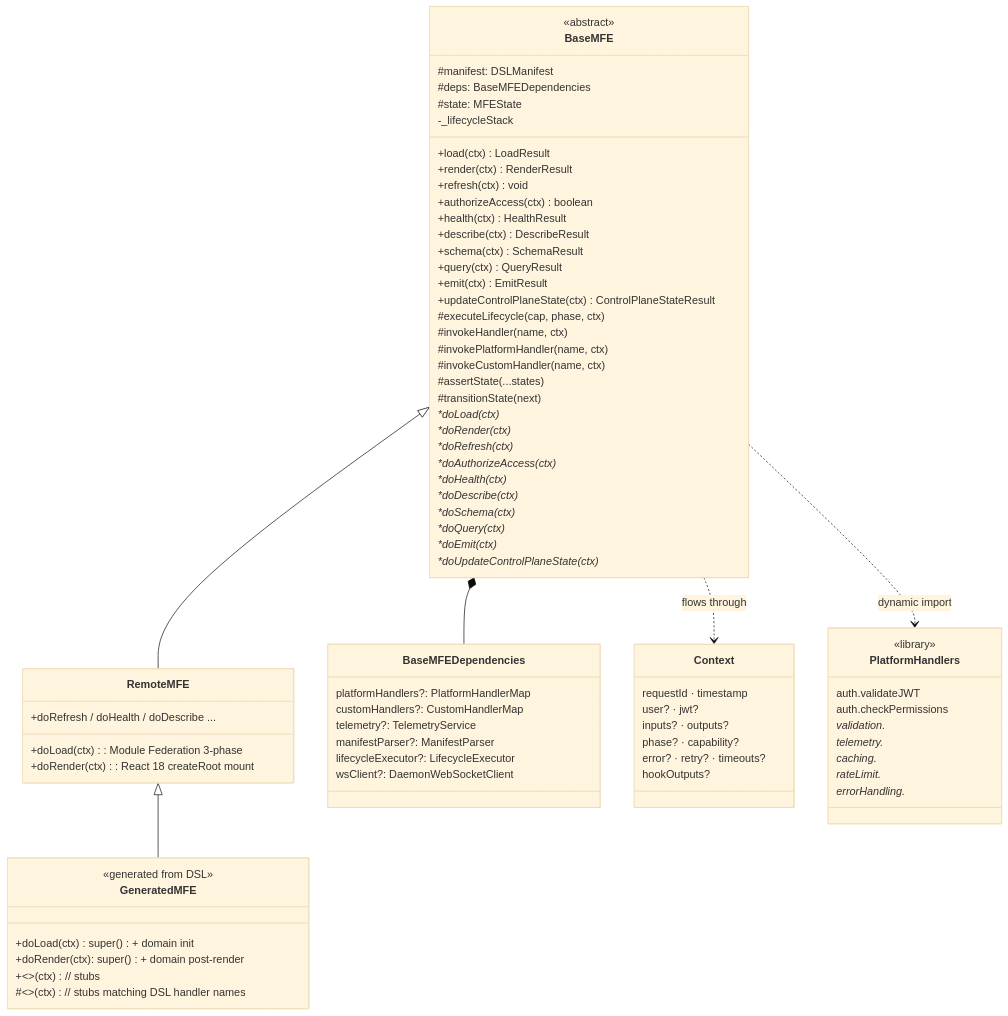
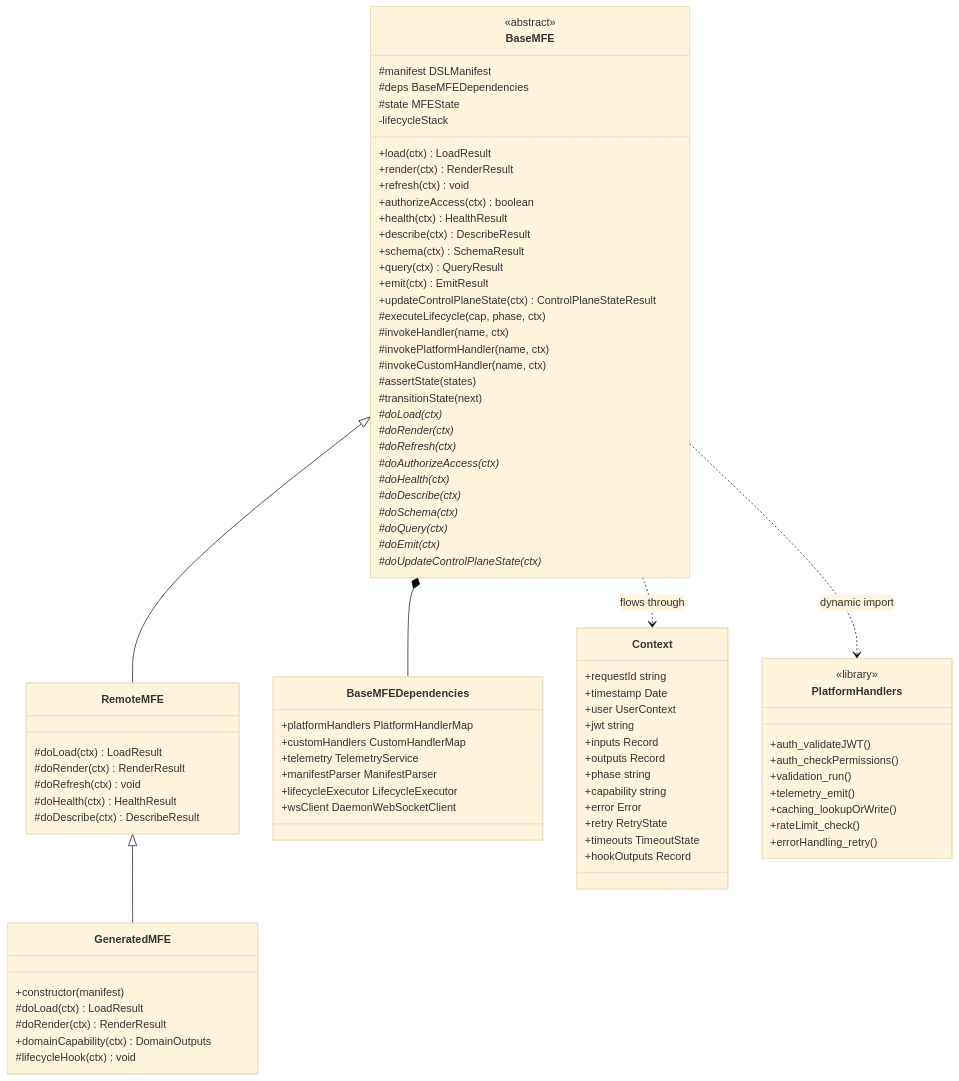
One commit to falese/seans-mfe-tool changed the second of 7 diagrams in docs/architecture-codegen-and-base-mfe.md. Above: the diagram before and after it, drawn with Mermaid (base theme). The commit also changed other lines of this file, not shown here.

Commit message:
docs: fix two Mermaid render errors in codegen architecture doc
- classDiagram (§2): replace invalid `*method()*` abstract syntax with
  Mermaid's trailing-`*` form (`#doLoad(ctx)*`); drop `<<placeholder>>`
  stereotype tokens inside method names; normalize `?:` field syntax to
  the space-separated form Mermaid expects; flatten the `auth.fn` /
  `validation.*` glob entries into valid identifiers.
- flowchart TD (§7): wrap node labels containing `[name]`, apostrophes,
  and single-quoted strings in double quotes (the Mermaid escape for
  special chars), and HTML-encode the `<name>` placeholder so it isn't
  parsed as a tag. Also escapes `this[name]` as `this#91;name#93;`.

Both diagrams previously failed to render in GitHub-flavoured Mermaid.

```diff
--- a/docs/architecture-codegen-and-base-mfe.md
+++ b/docs/architecture-codegen-and-base-mfe.md
@@ -62,10 +62,10 @@
 classDiagram
     class BaseMFE {
         <<abstract>>
-        #manifest: DSLManifest
-        #deps: BaseMFEDependencies
-        #state: MFEState
-        -_lifecycleStack
+        #manifest DSLManifest
+        #deps BaseMFEDependencies
+        #state MFEState
+        -lifecycleStack
         +load(ctx) LoadResult
         +render(ctx) RenderResult
         +refresh(ctx) void
@@ -80,61 +80,69 @@
         #invokeHandler(name, ctx)
         #invokePlatformHandler(name, ctx)
         #invokeCustomHandler(name, ctx)
-        #assertState(...states)
+        #assertState(states)
         #transitionState(next)
-        *doLoad(ctx)*
-        *doRender(ctx)*
-        *doRefresh(ctx)*
-        *doAuthorizeAccess(ctx)*
-        *doHealth(ctx)*
-        *doDescribe(ctx)*
-        *doSchema(ctx)*
-        *doQuery(ctx)*
-        *doEmit(ctx)*
-        *doUpdateControlPlaneState(ctx)*
+        #doLoad(ctx)*
+        #doRender(ctx)*
+        #doRefresh(ctx)*
+        #doAuthorizeAccess(ctx)*
+        #doHealth(ctx)*
+        #doDescribe(ctx)*
+        #doSchema(ctx)*
+        #doQuery(ctx)*
+        #doEmit(ctx)*
+        #doUpdateControlPlaneState(ctx)*
     }
 
     class RemoteMFE {
-        +doLoad(ctx)  : Module Federation 3-phase
-        +doRender(ctx): React 18 createRoot mount
-        +doRefresh / doHealth / doDescribe ...
+        #doLoad(ctx) LoadResult
+        #doRender(ctx) RenderResult
+        #doRefresh(ctx) void
+        #doHealth(ctx) HealthResult
+        #doDescribe(ctx) DescribeResult
     }
 
     class GeneratedMFE {
-        <<generated from DSL>>
-        +doLoad(ctx) : super() + domain init
-        +doRender(ctx): super() + domain post-render
-        +<<domainCapability>>(ctx)  // stubs
-        #<<lifecycleHook>>(ctx)     // stubs matching DSL handler names
+        +constructor(manifest)
+        #doLoad(ctx) LoadResult
+        #doRender(ctx) RenderResult
+        +domainCapability(ctx) DomainOutputs
+        #lifecycleHook(ctx) void
     }
 
     class BaseMFEDependencies {
-        platformHandlers?: PlatformHandlerMap
-        customHandlers?: CustomHandlerMap
-        telemetry?: TelemetryService
-        manifestParser?: ManifestParser
-        lifecycleExecutor?: LifecycleExecutor
-        wsClient?: DaemonWebSocketClient
+        +platformHandlers PlatformHandlerMap
+        +customHandlers CustomHandlerMap
+        +telemetry TelemetryService
+        +manifestParser ManifestParser
+        +lifecycleExecutor LifecycleExecutor
+        +wsClient DaemonWebSocketClient
     }
 
     class Context {
-        requestId · timestamp
-        user? · jwt?
-        inputs? · outputs?
-        phase? · capability?
-        error? · retry? · timeouts?
-        hookOutputs?
+        +requestId string
+        +timestamp Date
+        +user UserContext
+        +jwt string
+        +inputs Record
+        +outputs Record
+        +phase string
+        +capability string
+        +error Error
+        +retry RetryState
+        +timeouts TimeoutState
+        +hookOutputs Record
     }
 
     class PlatformHandlers {
         <<library>>
-        auth.validateJWT
-        auth.checkPermissions
-        validation.*
-        telemetry.*
-        caching.*
-        rateLimit.*
-        errorHandling.*
+        +auth_validateJWT()
+        +auth_checkPermissions()
+        +validation_run()
+        +telemetry_emit()
+        +caching_lookupOrWrite()
+        +rateLimit_check()
+        +errorHandling_retry()
     }
 
     BaseMFE <|-- RemoteMFE
```
